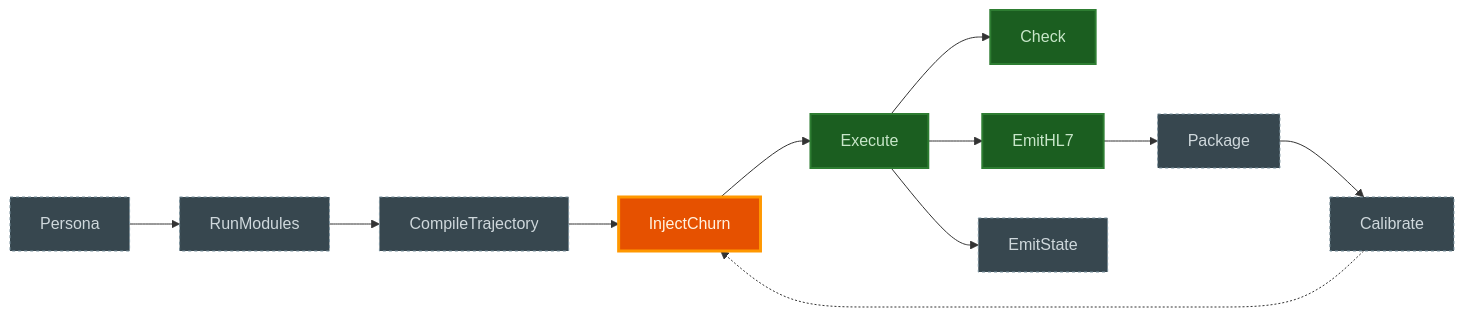
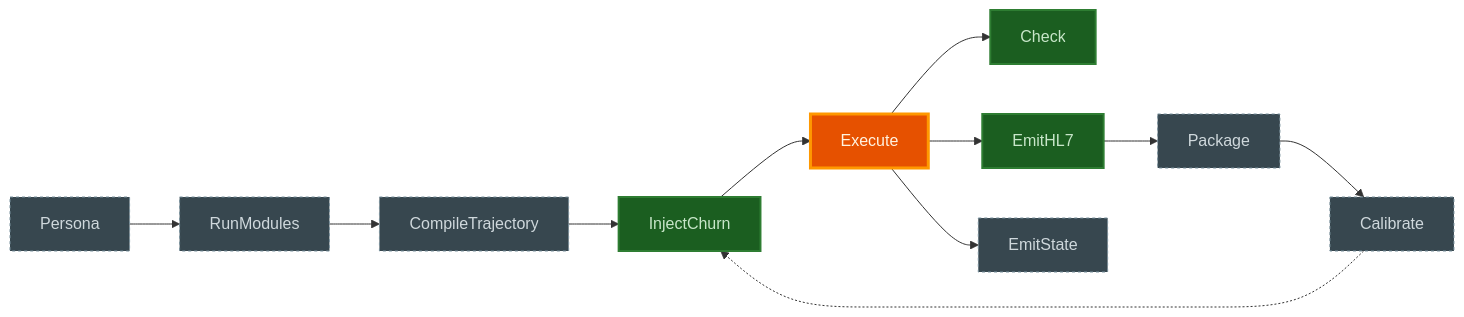
One commit to pragsmike/ehr-testing-tools changed the diagram in README.md. Above: the diagram before and after it, drawn with Mermaid. The commit also changed other lines of this file and 25 other files, not shown here.

````diff
--- a/README.md
+++ b/README.md
@@ -27,25 +29,25 @@
 ```mermaid
 flowchart LR
     Persona["Persona"]:::planned
     RunModules["RunModules"]:::planned
     CompileTrajectory["CompileTrajectory"]:::planned
-    InjectChurn["InjectChurn"]:::next
-    Execute["Execute"]:::built
+    InjectChurn["InjectChurn"]:::built
+    Execute["Execute"]:::next
     Check["Check"]:::built
     EmitHL7["EmitHL7"]:::built
     EmitState["EmitState"]:::planned
     Package["Package"]:::planned
     Calibrate["Calibrate"]:::planned
 
     Persona --> RunModules --> CompileTrajectory --> InjectChurn --> Execute
     Execute --> Check
     Execute --> EmitHL7
     Execute --> EmitState
     EmitHL7 --> Package
     Package --> Calibrate
     Calibrate -.-> InjectChurn
 
     classDef built fill:#1b5e20,stroke:#2e7d32,color:#c8e6c9,stroke-width:2px;
     classDef next fill:#e65100,stroke:#ff9800,color:#fff3e0,stroke-width:3px;
     classDef planned fill:#37474f,stroke:#78909c,color:#cfd8dc,stroke-width:1px,stroke-dasharray: 3 3;
 ```
````
